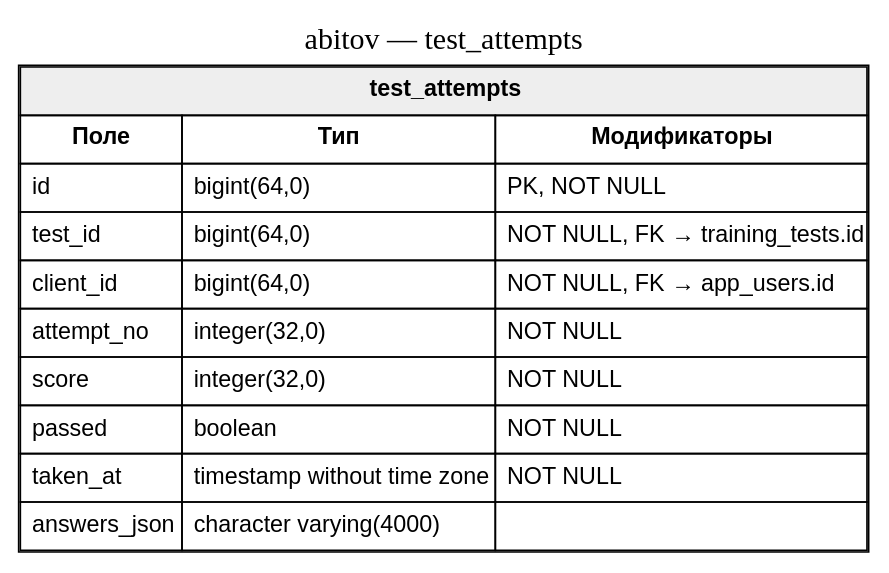
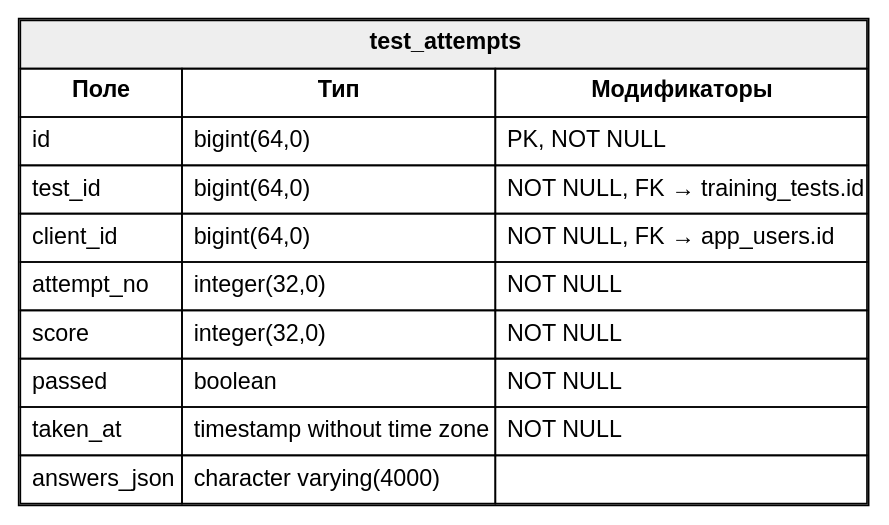
One commit to diplomas-2026/abitov changed the diagram in database-screenshots/dot/tables/test_attempts.dot. Above: the diagram before and after it, drawn with Graphviz. The commit also changed 23 other files, not shown here.

Commit message:
Add database schema screenshots

```diff
--- a/database-screenshots/dot/tables/test_attempts.dot
+++ b/database-screenshots/dot/tables/test_attempts.dot
@@ -1,7 +1,5 @@
 digraph single_table {
   graph [rankdir=TB, fontsize=18];
   node [shape=plain, fontname="Arial"];
-  label="abitov — test_attempts";
-  labelloc=t;
   "test_attempts" [label=<<TABLE BORDER="1" CELLBORDER="1" CELLSPACING="0" CELLPADDING="6"><TR><TD BGCOLOR="#eeeeee" COLSPAN="3"><B>test_attempts</B></TD></TR><TR><TD><B>Поле</B></TD><TD><B>Тип</B></TD><TD><B>Модификаторы</B></TD></TR><TR><TD ALIGN="LEFT">id</TD><TD ALIGN="LEFT">bigint(64,0)</TD><TD ALIGN="LEFT">PK, NOT NULL</TD></TR><TR><TD ALIGN="LEFT">test_id</TD><TD ALIGN="LEFT">bigint(64,0)</TD><TD ALIGN="LEFT">NOT NULL, FK → training_tests.id</TD></TR><TR><TD ALIGN="LEFT">client_id</TD><TD ALIGN="LEFT">bigint(64,0)</TD><TD ALIGN="LEFT">NOT NULL, FK → app_users.id</TD></TR><TR><TD ALIGN="LEFT">attempt_no</TD><TD ALIGN="LEFT">integer(32,0)</TD><TD ALIGN="LEFT">NOT NULL</TD></TR><TR><TD ALIGN="LEFT">score</TD><TD ALIGN="LEFT">integer(32,0)</TD><TD ALIGN="LEFT">NOT NULL</TD></TR><TR><TD ALIGN="LEFT">passed</TD><TD ALIGN="LEFT">boolean</TD><TD ALIGN="LEFT">NOT NULL</TD></TR><TR><TD ALIGN="LEFT">taken_at</TD><TD ALIGN="LEFT">timestamp without time zone</TD><TD ALIGN="LEFT">NOT NULL</TD></TR><TR><TD ALIGN="LEFT">answers_json</TD><TD ALIGN="LEFT">character varying(4000)</TD><TD ALIGN="LEFT"></TD></TR></TABLE>>];
 }
```
